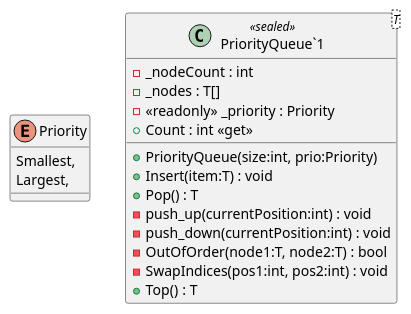
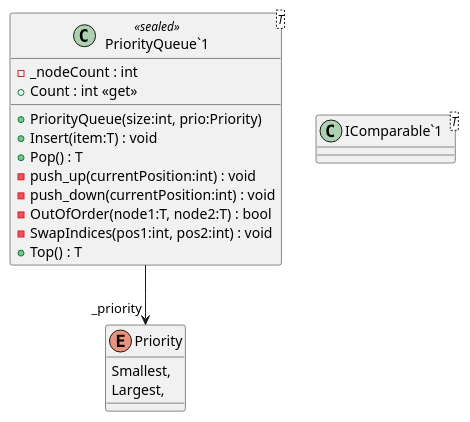
Before and after one commit to Liftyee/london-tube-navigator: the diagram in TubeChallengeRouter/puml/PriorityQueue/PriorityQueue.puml, drawn with PlantUML. The commit also changed 23 other files, not shown here.

```diff
--- a/TubeChallengeRouter/puml/PriorityQueue/PriorityQueue.puml
+++ b/TubeChallengeRouter/puml/PriorityQueue/PriorityQueue.puml
@@ -1,20 +1,21 @@
 @startuml
 enum Priority {
     Smallest,
     Largest,
 }
 class "PriorityQueue`1"<T> <<sealed>> {
     - _nodeCount : int
-    - _nodes : T[]
-    - <<readonly>> _priority : Priority
     + Count : int <<get>>
     + PriorityQueue(size:int, prio:Priority)
     + Insert(item:T) : void
     + Pop() : T
     - push_up(currentPosition:int) : void
     - push_down(currentPosition:int) : void
     - OutOfOrder(node1:T, node2:T) : bool
     - SwapIndices(pos1:int, pos2:int) : void
     + Top() : T
 }
+class "IComparable`1"<T> {
+}
+"PriorityQueue`1" --> "_priority" Priority
 @enduml
```
